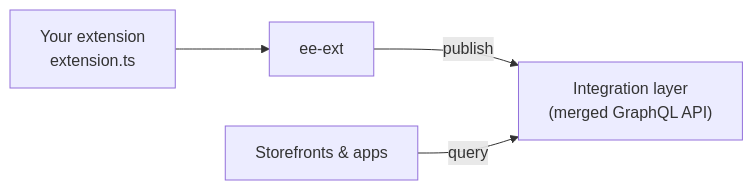
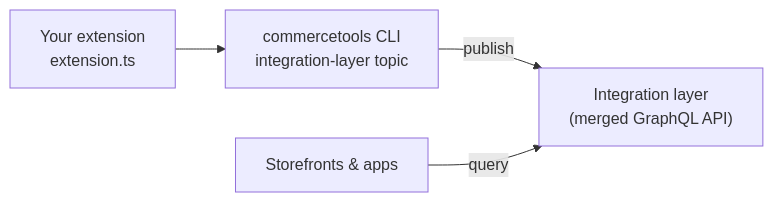
One commit to commercetools/commerce-integration-layer-extensions changed the first of 2 diagrams in README.md. Above: the diagram before and after it, drawn with Mermaid. The commit also changed other lines of this file and 46 other files, not shown here.

First line of the commit message:
Replace packages/tooling with the published integration-layer CLI plugin (#7)

````diff
--- a/README.md
+++ b/README.md
@@ -38,11 +42,11 @@
 ```mermaid
 flowchart LR
     Author["Your extension<br/>extension.ts"]
-    Tool["ee-ext"]
+    Tool["commercetools CLI<br/>integration-layer topic"]
     IL["Integration layer<br/>(merged GraphQL API)"]
     Client["Storefronts & apps"]
 
     Author --> Tool
     Tool -->|publish| IL
     Client -->|query| IL
 ```
````
